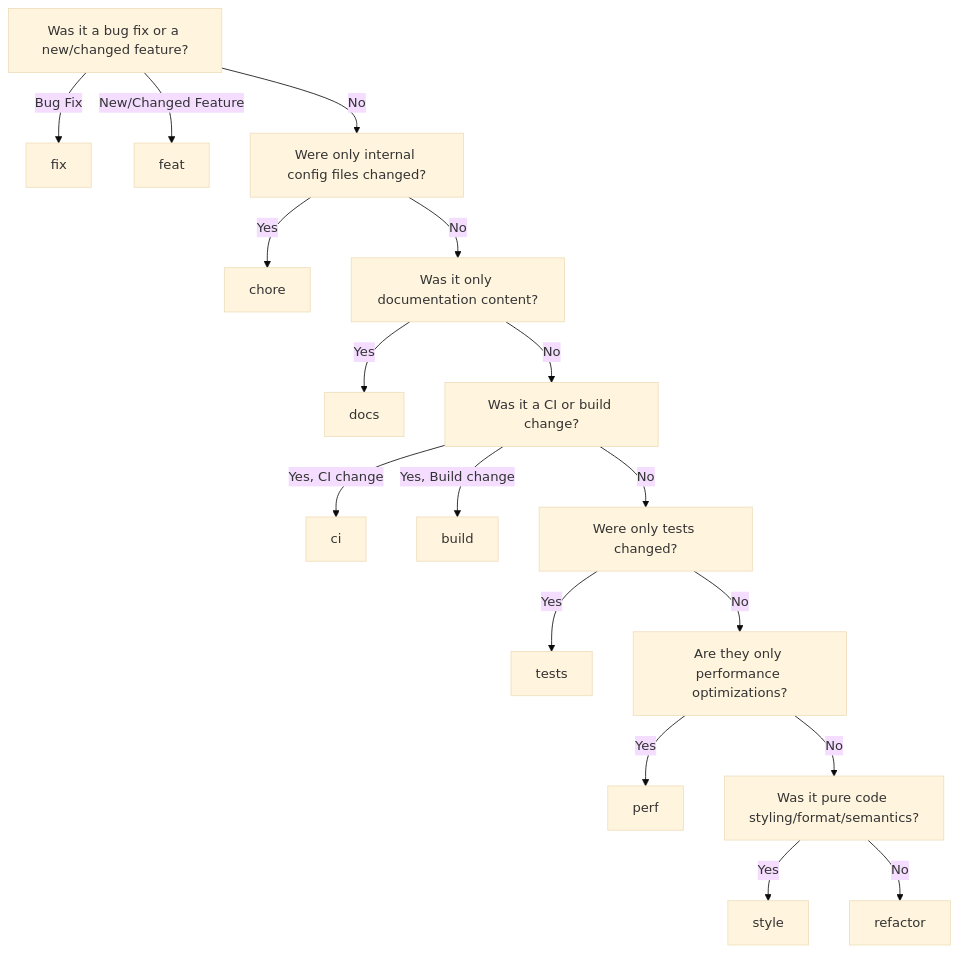
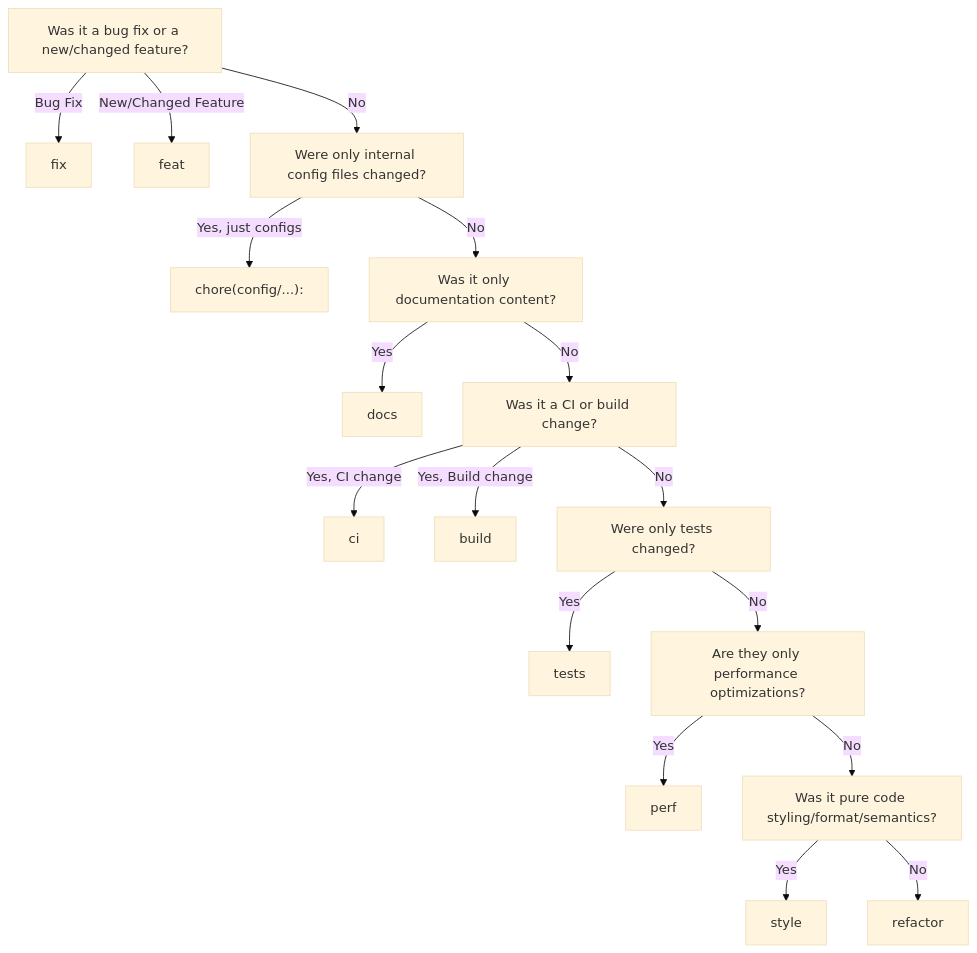
Before and after one commit to cuhacking/2025: the first of 3 diagrams in apps/hackathon/src/content/docs/contribution-guidelines/conventional-commits.mdx, drawn with Mermaid (base theme). The commit also changed other lines of this file, not shown here.

````diff
--- a/apps/hackathon/src/content/docs/contribution-guidelines/conventional-commits.mdx
+++ b/apps/hackathon/src/content/docs/contribution-guidelines/conventional-commits.mdx
@@ -35,20 +36,20 @@
 ```mermaid
 flowchart TD
 n1["Was it a bug fix or a new/changed feature?"]
 n1 --> |"Bug Fix"| n2["fix"]
 n1 --> |"New/Changed Feature"| n3["feat"]
 n1 --> |"No"| n5["Were only internal config files changed?"]
-n5 --> |"Yes"| n6["chore"]
+n5 --> |"Yes, just configs"| n6["chore(config/...):"]
 n5 --> |"No"| n7["Was it only documentation content?"]
 n7 --> |"Yes"| n8["docs"]
 n7 --> |"No"| n9["Was it a CI or build change?"]
 n9 --> |"Yes, CI change"| n10["ci"]
 n9 --> |"Yes, Build change"| n11["build"]
 n9 --> |"No"| n12["Were only tests changed?"]
 n12 --> |"Yes"| n13["tests"]
 n12 --> |"No"| n14["Are they only performance optimizations?"]
 n14 --> |"Yes"| n15["perf"]
 n14 --> |"No"| n16["Was it pure code styling/format/semantics?"]
 n16 --> |"Yes"| n17["style"]
 n16 --> |"No"| n18["refactor"]
 ```
````
